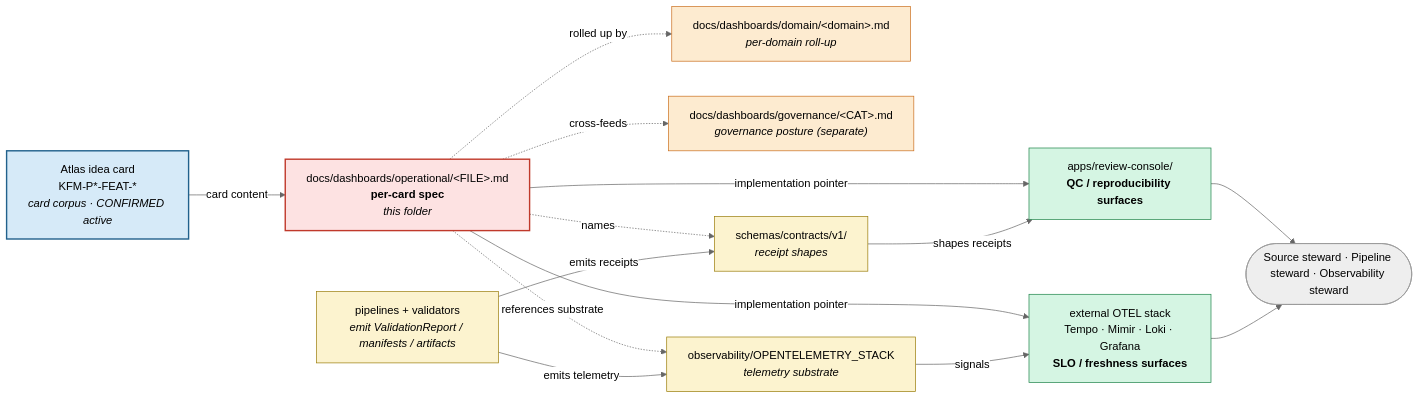
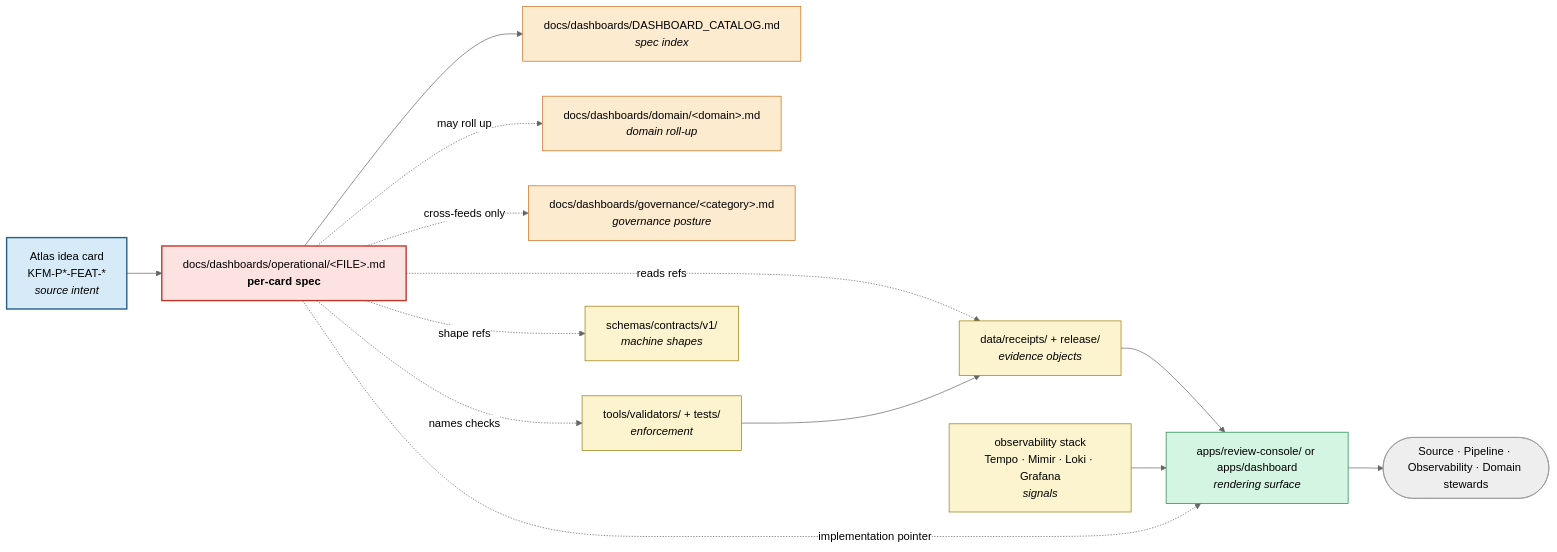
Before and after one commit to bartytime4life/Kansas-Frontier-Matrix: the diagram in docs/dashboards/operational/README.md, drawn with Mermaid (neutral theme). The commit also changed other lines of this file, not shown here.

````diff
--- a/docs/dashboards/operational/README.md
+++ b/docs/dashboards/operational/README.md
@@ -292,38 +325,38 @@
 ```mermaid
 flowchart LR
-  CARD["Atlas idea card<br/>KFM-P*-FEAT-*<br/><i>card corpus · CONFIRMED active</i>"]
-  SPEC["docs/dashboards/operational/&lt;FILE&gt;.md<br/><b>per-card spec</b><br/><i>this folder</i>"]
-  DOM["docs/dashboards/domain/&lt;domain&gt;.md<br/><i>per-domain roll-up</i>"]
-  GOV["docs/dashboards/governance/&lt;CAT&gt;.md<br/><i>governance posture (separate)</i>"]
-  PIPE["pipelines + validators<br/><i>emit ValidationReport / manifests / artifacts</i>"]
-  SCHEMA["schemas/contracts/v1/<br/><i>receipt shapes</i>"]
-  OTEL["observability/OPENTELEMETRY_STACK<br/><i>telemetry substrate</i>"]
-  APP_RC["apps/review-console/<br/><b>QC / reproducibility surfaces</b>"]
-  APP_OTEL["external OTEL stack<br/>Tempo · Mimir · Loki · Grafana<br/><b>SLO / freshness surfaces</b>"]
-  USER([Source steward · Pipeline steward · Observability steward])
+  CARD["Atlas idea card<br/>KFM-P*-FEAT-*<br/><i>source intent</i>"]
+  SPEC["docs/dashboards/operational/&lt;FILE&gt;.md<br/><b>per-card spec</b>"]
+  CATALOG["docs/dashboards/DASHBOARD_CATALOG.md<br/><i>spec index</i>"]
+  DOMAIN["docs/dashboards/domain/&lt;domain&gt;.md<br/><i>domain roll-up</i>"]
+  GOV["docs/dashboards/governance/&lt;category&gt;.md<br/><i>governance posture</i>"]
+  VALIDATORS["tools/validators/ + tests/<br/><i>enforcement</i>"]
+  RECEIPTS["data/receipts/ + release/<br/><i>evidence objects</i>"]
+  SCHEMAS["schemas/contracts/v1/<br/><i>machine shapes</i>"]
+  OTEL["observability stack<br/>Tempo · Mimir · Loki · Grafana<br/><i>signals</i>"]
+  APPS["apps/review-console/ or apps/dashboard<br/><i>rendering surface</i>"]
+  STEWARDS(["Source · Pipeline · Observability · Domain stewards"])
 
-  CARD -- "card content" --> SPEC
-  SPEC -- "implementation pointer" --> APP_RC
-  SPEC -- "implementation pointer" --> APP_OTEL
-  SPEC -. "names" .-> SCHEMA
-  SPEC -. "references substrate" .-> OTEL
-  SPEC -. "cross-feeds" .-> GOV
-  SPEC -. "rolled up by" .-> DOM
-  PIPE -- "emits receipts" --> SCHEMA
-  PIPE -- "emits telemetry" --> OTEL
-  SCHEMA -- "shapes receipts" --> APP_RC
-  OTEL -- "signals" --> APP_OTEL
-  APP_RC --> USER
-  APP_OTEL --> USER
+  CARD --> SPEC
+  SPEC --> CATALOG
+  SPEC -. "may roll up" .-> DOMAIN
+  SPEC -. "cross-feeds only" .-> GOV
+  SPEC -. "names checks" .-> VALIDATORS
+  SPEC -. "reads refs" .-> RECEIPTS
+  SPEC -. "shape refs" .-> SCHEMAS
+  VALIDATORS --> RECEIPTS
+  RECEIPTS --> APPS
+  OTEL --> APPS
+  SPEC -. "implementation pointer" .-> APPS
+  APPS --> STEWARDS
 
   classDef card fill:#d6eaf8,stroke:#21618c,color:#000,stroke-width:2px;
   classDef spec fill:#fde2e2,stroke:#c0392b,color:#000,stroke-width:2px;
-  classDef mirror fill:#fdebd0,stroke:#ca6f1e,color:#000;
-  classDef machinery fill:#fcf3cf,stroke:#9a7d0a,color:#000;
+  classDef doc fill:#fdebd0,stroke:#ca6f1e,color:#000;
+  classDef proof fill:#fcf3cf,stroke:#9a7d0a,color:#000;
   classDef impl fill:#d5f5e3,stroke:#1e8449,color:#000;
   class CARD card;
   class SPEC spec;
-  class DOM,GOV mirror;
-  class PIPE,SCHEMA,OTEL machinery;
-  class APP_RC,APP_OTEL impl;
+  class CATALOG,DOMAIN,GOV doc;
+  class VALIDATORS,RECEIPTS,SCHEMAS,OTEL proof;
+  class APPS impl;
 ```
````
